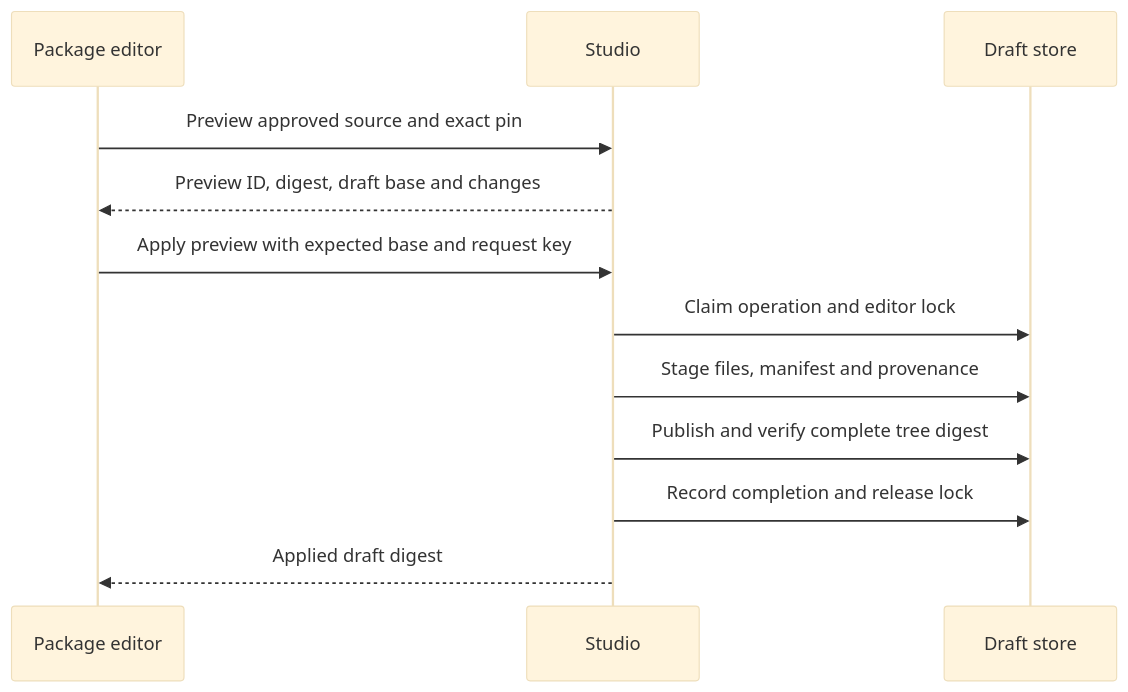
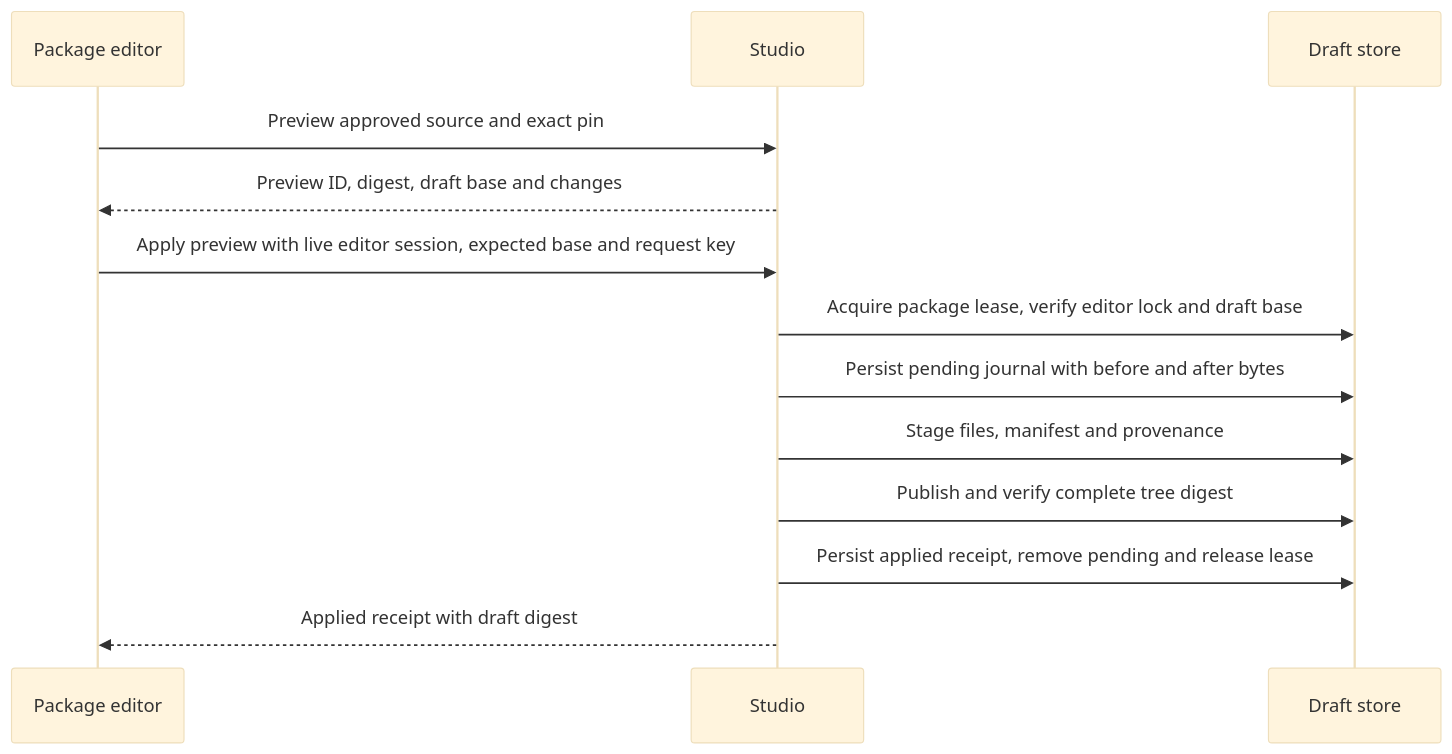
Diagram 14 of 14 in docs/system-analytics/local-packages.md (maister-dev/maister), drawn with Mermaid (base theme) before and after one commit. The commit also changed other lines of this file and 141 other files, not shown here.

````diff
--- a/docs/system-analytics/local-packages.md
+++ b/docs/system-analytics/local-packages.md
@@ -820,14 +823,15 @@
 ```mermaid
 sequenceDiagram
   participant E as Package editor
   participant S as Studio
   participant D as Draft store
   E->>S: Preview approved source and exact pin
   S-->>E: Preview ID, digest, draft base and changes
-  E->>S: Apply preview with expected base and request key
-  S->>D: Claim operation and editor lock
+  E->>S: Apply preview with live editor session, expected base and request key
+  S->>D: Acquire package lease, verify editor lock and draft base
+  S->>D: Persist pending journal with before and after bytes
   S->>D: Stage files, manifest and provenance
   S->>D: Publish and verify complete tree digest
-  S->>D: Record completion and release lock
-  S-->>E: Applied draft digest
+  S->>D: Persist applied receipt, remove pending and release lease
+  S-->>E: Applied receipt with draft digest
 ```
````
